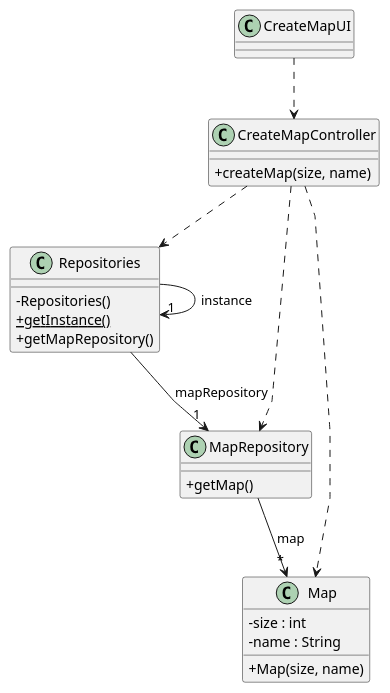
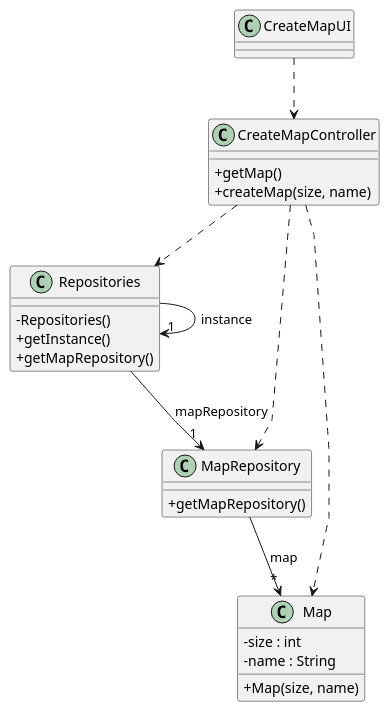
Before and after one commit to 1240935/pi2-railway-simulator: the diagram in Sprint2/US001/03.design/puml/US001-CD.puml, drawn with PlantUML. The commit also changed 13 other files, not shown here.

```diff
--- a/Sprint2/US001/03.design/puml/US001-CD.puml
+++ b/Sprint2/US001/03.design/puml/US001-CD.puml
@@ -1,47 +1,48 @@
 @startuml
 'skinparam monochrome true
 skinparam packageStyle rectangle
 skinparam shadowing false
 skinparam linetype polyline
 'skinparam linetype orto
 
 skinparam classAttributeIconSize 0
 
 'left to right direction
 
 
 class CreateMapUI {
 
 }
 
 class CreateMapController {
+  +getMap()
   +createMap(size, name)
 }
 
 class MapRepository {
-   +getMap()
+   +getMapRepository()
 }
 
 class Repositories {
     - Repositories()
-    + {static} getInstance()
+    + getInstance()
     + getMapRepository()
 }
 
 class Map {
   - size : int
   - name : String
   + Map(size, name)
 
 }
 
 CreateMapUI ..> CreateMapController
 CreateMapController ..> Repositories
 CreateMapController ..> MapRepository
 CreateMapController ..> Map
 MapRepository --> "*" Map : map
 Repositories --> "1" MapRepository : mapRepository
 Repositories -> "1" Repositories : instance
 
 
 @enduml
```
